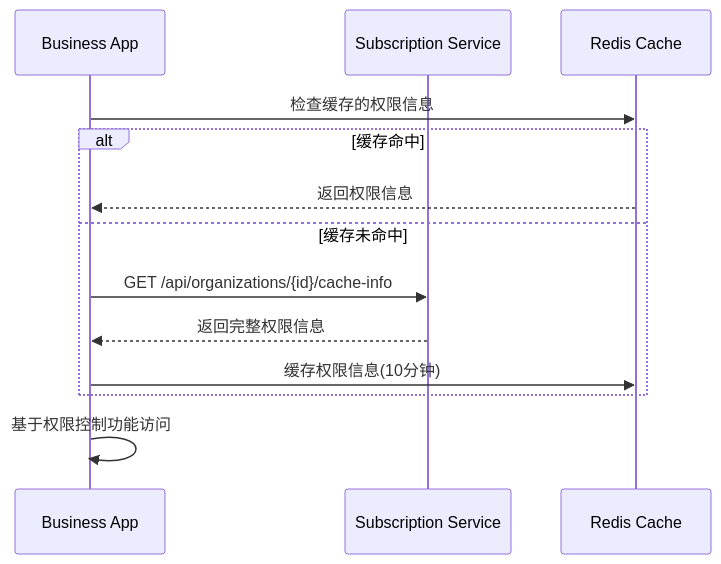
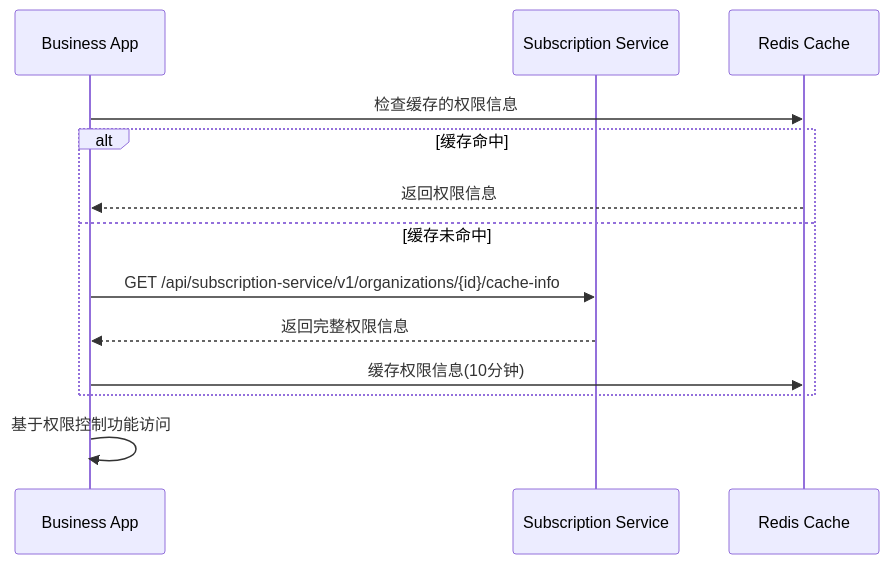
Before and after one commit to Tymoe-Technologies/subscription-service: the third of 3 diagrams in README.md, drawn with Mermaid. The commit also changed other lines of this file and 3 other files, not shown here.

````diff
--- a/README.md
+++ b/README.md
@@ -706,16 +706,16 @@
 ```mermaid
 sequenceDiagram
     participant App as Business App
     participant S as Subscription Service
     participant Cache as Redis Cache
     
     App->>Cache: 检查缓存的权限信息
     alt 缓存命中
         Cache-->>App: 返回权限信息
     else 缓存未命中
-        App->>S: GET /api/organizations/{id}/cache-info
+        App->>S: GET /api/subscription-service/v1/organizations/{id}/cache-info
         S-->>App: 返回完整权限信息
         App->>Cache: 缓存权限信息(10分钟)
     end
     App->>App: 基于权限控制功能访问
 ```
````
